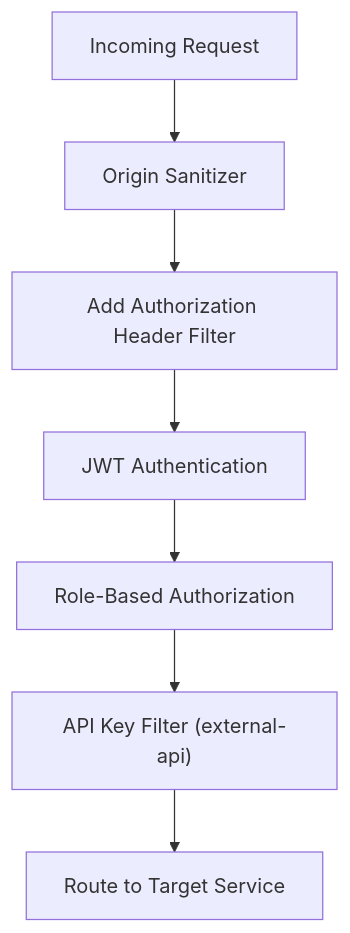
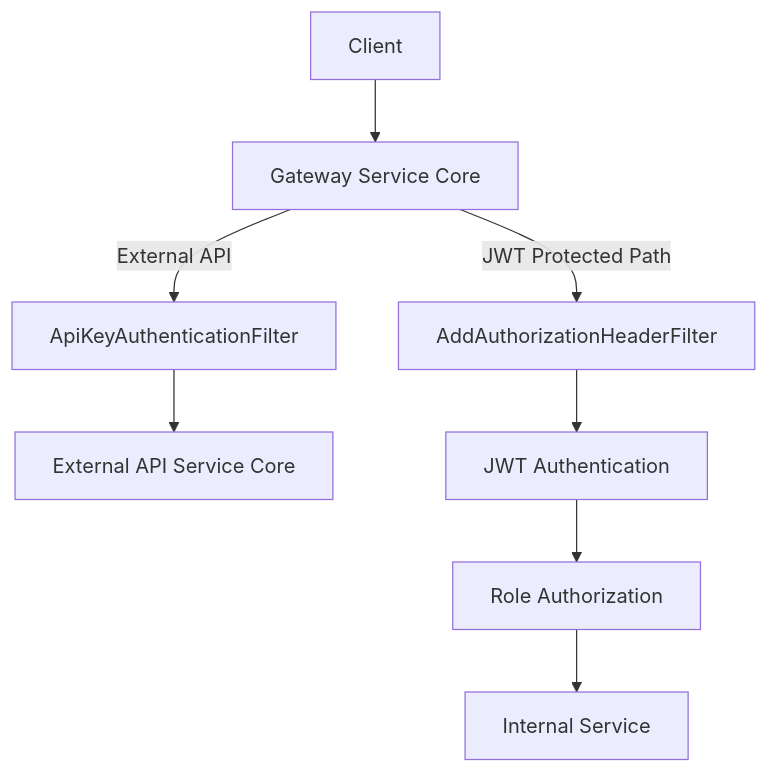
Before and after one commit to Praesto-Pro/openframe-oss-tenant: the eighth of 8 diagrams in docs/architecture/gateway-service-core/gateway-service-core.md, drawn with Mermaid. The commit also changed other lines of this file and 149 other files, not shown here.

````diff
--- a/docs/architecture/gateway-service-core/gateway-service-core.md
+++ b/docs/architecture/gateway-service-core/gateway-service-core.md
@@ -347,9 +272,12 @@
 ```mermaid
 flowchart TD
-    Request["Incoming Request"] --> OriginFilter["Origin Sanitizer"]
-    OriginFilter --> HeaderInjection["Add Authorization Header Filter"]
-    HeaderInjection --> JwtValidation["JWT Authentication"]
-    JwtValidation --> RoleCheck["Role-Based Authorization"]
-    RoleCheck --> ApiKeyFilter["API Key Filter (external-api)"]
-    ApiKeyFilter --> Route["Route to Target Service"]
+    Client["Client"] --> Gateway["Gateway Service Core"]
+
+    Gateway -->|"External API"| ApiKeyFilter["ApiKeyAuthenticationFilter"]
+    ApiKeyFilter --> ExternalApi["External API Service Core"]
+
+    Gateway -->|"JWT Protected Path"| AddHeader["AddAuthorizationHeaderFilter"]
+    AddHeader --> JwtAuth["JWT Authentication"]
+    JwtAuth --> RoleCheck["Role Authorization"]
+    RoleCheck --> InternalService["Internal Service"]
 ```
````
